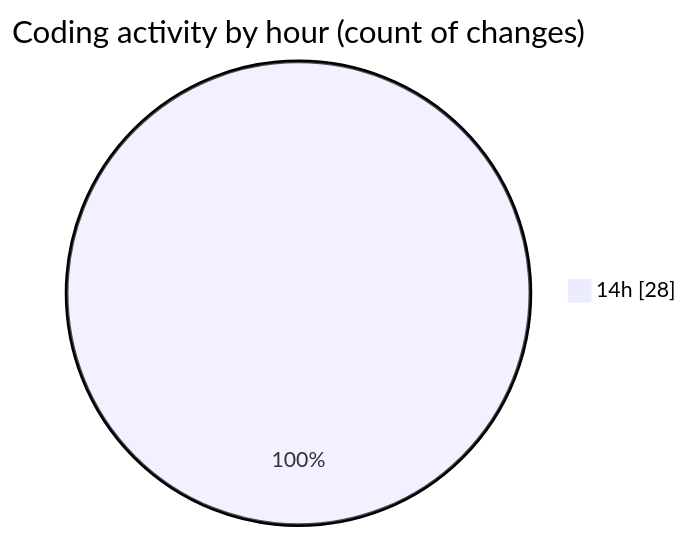
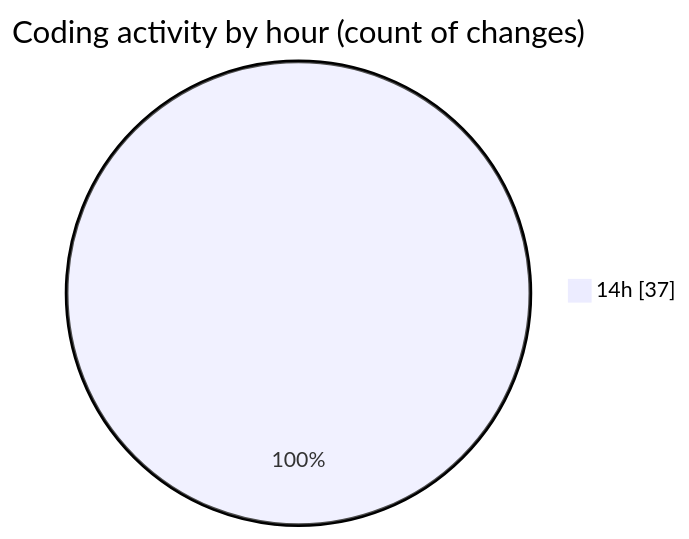
One commit to Ritupan-Deka/code-tracking changed the second of 2 diagrams in 2025-05-29/projects/README.md. Above: the diagram before and after it, drawn with Mermaid. The commit also changed other lines of this file and 1 other file, not shown here.

````diff
--- a/2025-05-29/projects/README.md
+++ b/2025-05-29/projects/README.md
@@ -42,5 +43,5 @@
 ```mermaid
 pie showData
 title Coding activity by hour (count of changes)
-"14h" : 28
+"14h" : 37
 ```
````
